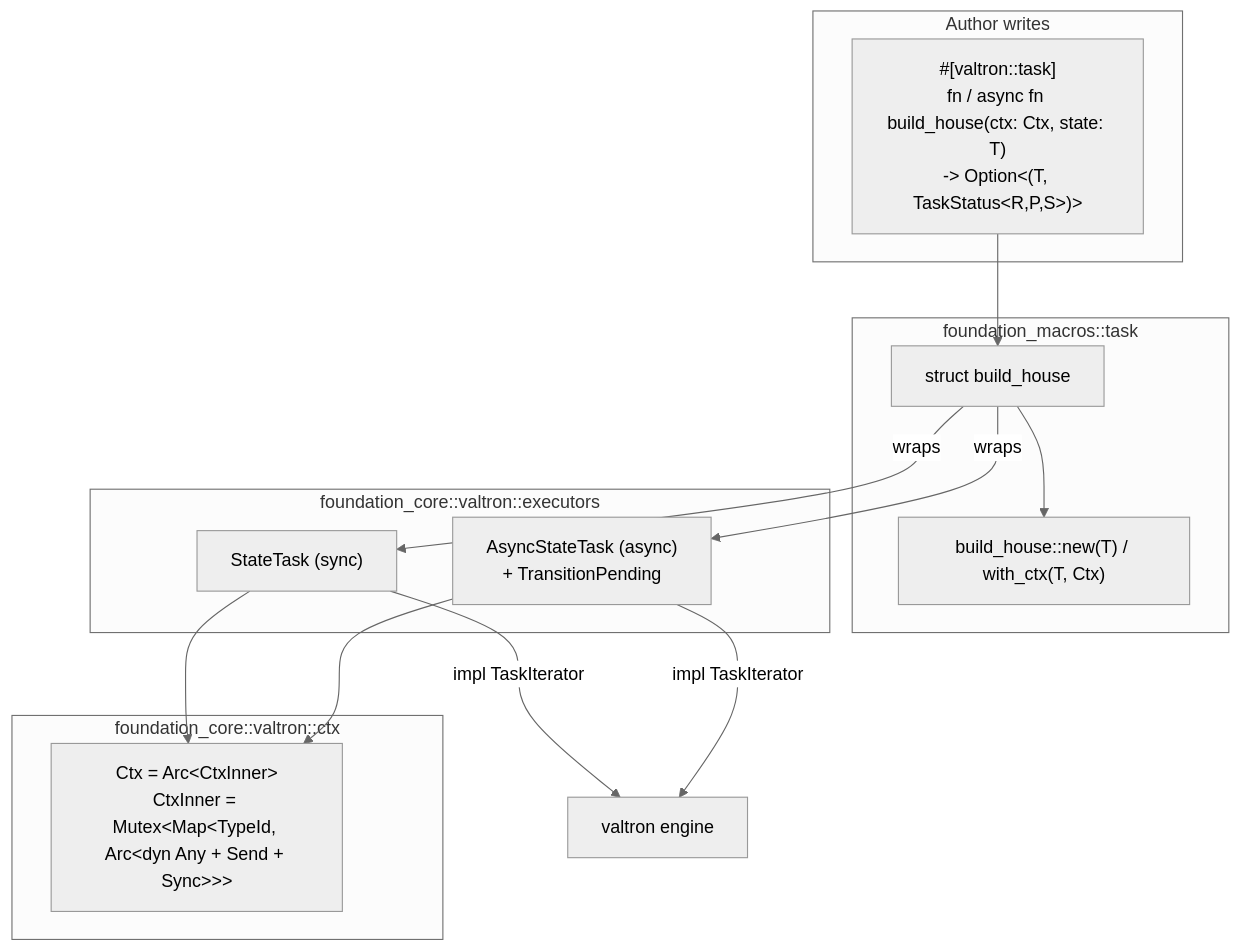
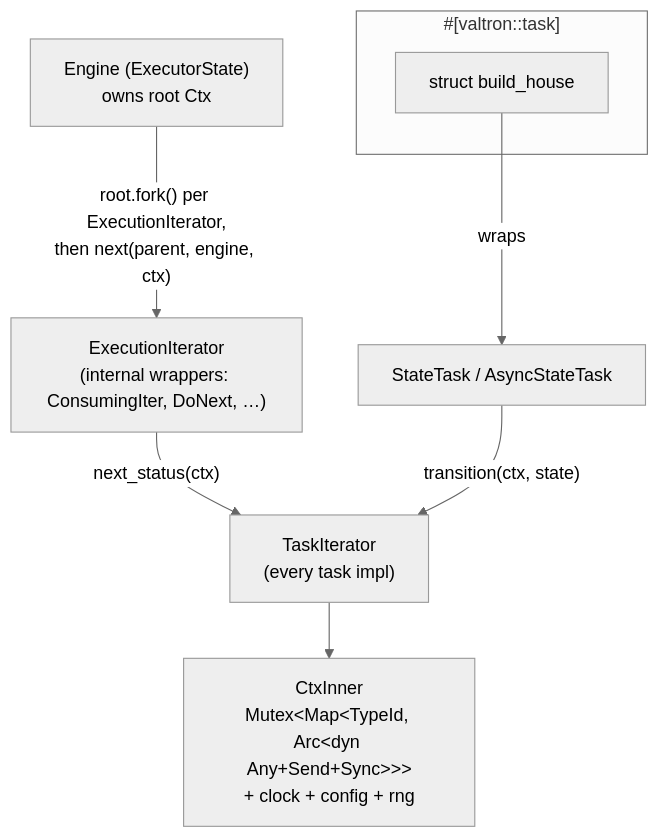
One commit to ewe-studios/ewe_platform changed the diagram in specifications/64-valtron-state-task/requirements.md. Above: the diagram before and after it, drawn with Mermaid (neutral theme). The commit also changed other lines of this file and 9 other files, not shown here.

First line of the commit message:
feat(valtron): spec 64 — engine-owned Ctx forked per ExecutionIterator

````diff
--- a/specifications/64-valtron-state-task/requirements.md
+++ b/specifications/64-valtron-state-task/requirements.md
@@ -156,29 +153,12 @@
 ```mermaid
 graph TD
-    subgraph author["Author writes"]
-        F["#[valtron::task]<br/>fn / async fn build_house(ctx: Ctx, state: T)<br/>-> Option&lt;(T, TaskStatus&lt;R,P,S&gt;)&gt;"]
+    E["Engine (ExecutorState)<br/>owns root Ctx"]
+    E -->|"root.fork() per ExecutionIterator,<br/>then next(parent, engine, ctx)"| EI["ExecutionIterator<br/>(internal wrappers: ConsumingIter, DoNext, …)"]
+    EI -->|"next_status(ctx)"| TI["TaskIterator<br/>(every task impl)"]
+    TI --> CTX["CtxInner<br/>Mutex&lt;Map&lt;TypeId, Arc&lt;dyn Any+Send+Sync&gt;&gt;&gt;<br/>+ clock + config + rng"]
+    subgraph macro["#[valtron::task]"]
+        S["struct build_house"]
     end
-
-    subgraph macro["foundation_macros::task"]
-        S["struct build_house"]
-        C["build_house::new(T) / with_ctx(T, Ctx)"]
-    end
-
-    subgraph core["foundation_core::valtron::executors"]
-        ST["StateTask (sync)"]
-        AS["AsyncStateTask (async)<br/>+ TransitionPending"]
-    end
-
-    subgraph ctx["foundation_core::valtron::ctx"]
-        CX["Ctx = Arc&lt;CtxInner&gt;<br/>CtxInner = Mutex&lt;Map&lt;TypeId, Arc&lt;dyn Any + Send + Sync&gt;&gt;&gt;"]
-    end
-
-    F --> S
-    S --> C
-    S -->|"wraps"| ST
-    S -->|"wraps"| AS
-    ST --> CX
-    AS --> CX
-    ST -->|"impl TaskIterator"| E["valtron engine"]
-    AS -->|"impl TaskIterator"| E
+    S -->|"wraps"| ST["StateTask / AsyncStateTask"]
+    ST -->|"transition(ctx, state)"| TI
 ```
````
